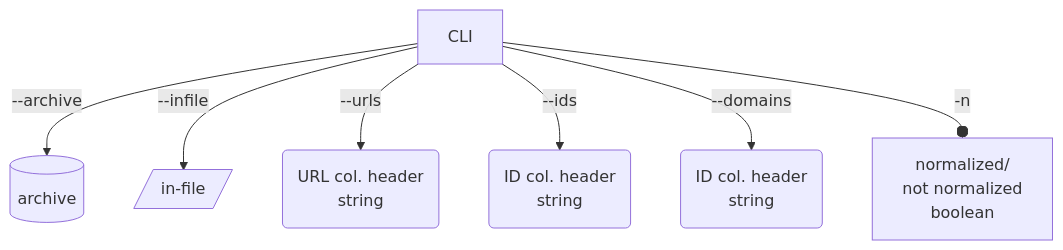
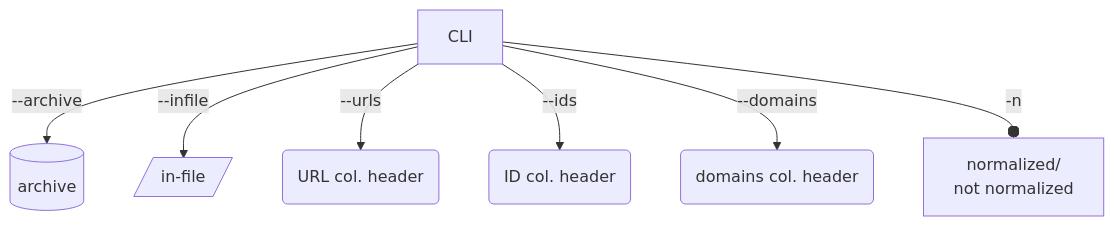
The third of 4 diagrams in README.md (kat-kel/archive-html), drawn with Mermaid before and after one commit. The commit also changed other lines of this file, not shown here.

````diff
--- a/README.md
+++ b/README.md
@@ -94,9 +91,9 @@
 ```mermaid
 flowchart TB
     CLI -->|"--archive"| archive[(archive)]
     CLI -->|"--infile"| infile[/in-file/]
-    CLI -->|"--urls"| header1(URL col. header\nstring)
-    CLI -->|"--ids"| header3(ID col. header\nstring)
-    CLI -->|"--domains"| header2(ID col. header\nstring)
-    CLI --o|"-n"| id[normalized/\nnot normalized\nboolean]
+    CLI -->|"--urls"| header1(URL col. header)
+    CLI -->|"--ids"| header3(ID col. header)
+    CLI -->|"--domains"| header2(domains col. header)
+    CLI --o|"-n"| id[normalized/\nnot normalized]
 ```
````
